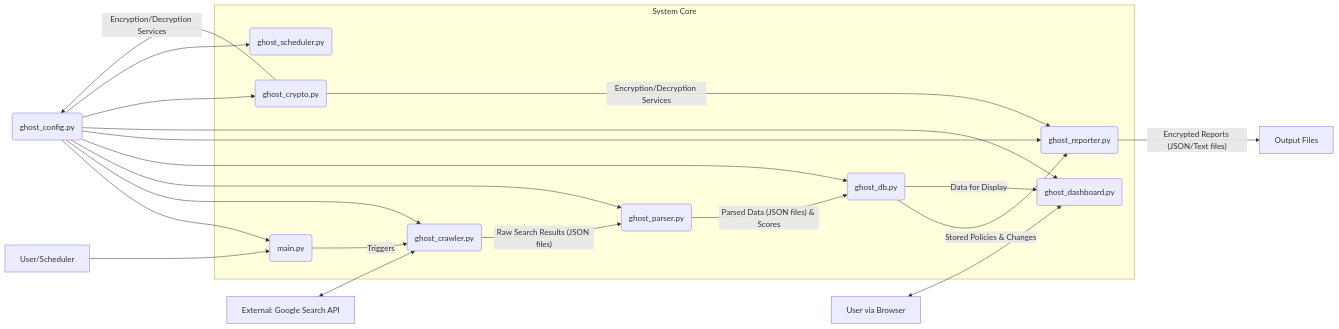
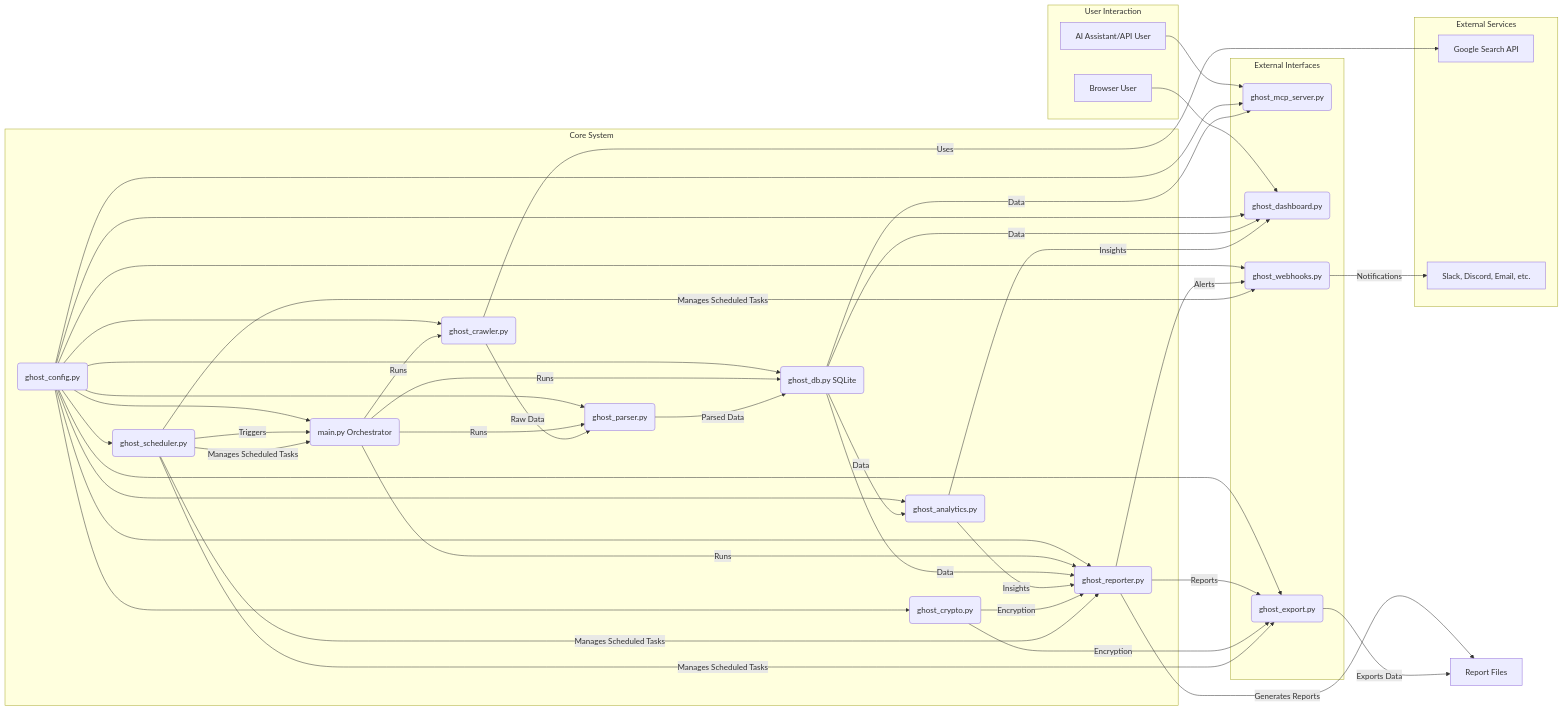
One commit to SWORDIntel/Discreet-MVNO-Policy-Mapper-DMPM- changed the diagram in README.md. Above: the diagram before and after it, drawn with Mermaid. The commit also changed other lines of this file, not shown here.

````diff
--- a/README.md
+++ b/README.md
@@ -623,35 +108,77 @@
 ```mermaid
 graph LR
-    A[User/Scheduler] --> B(main.py);
-    C(ghost_config.py) --> B;
-    C --> D(ghost_crawler.py);
-    C --> E(ghost_parser.py);
-    C --> F(ghost_db.py);
-    C --> G(ghost_reporter.py);
-    C --> H(ghost_dashboard.py);
-    C --> I(ghost_crypto.py);
-    C --> J(ghost_scheduler.py)
-
-    B -- Triggers --> D;
-    D -- Raw Search Results (JSON files) --> E;
-    E -- Parsed Data (JSON files) & Scores --> F;
-    F -- Stored Policies & Changes --> G;
-    F -- Data for Display --> H;
-    G -- Encrypted Reports (JSON/Text files) --> K[Output Files];
-    I -- Encryption/Decryption Services --> G;
-    I -- Encryption/Decryption Services --> C;
-
-    subgraph System Core
-        B
-        D
-        E
-        F
-        G
-        H
-        I
-        J
+    subgraph User Interaction
+        UI_Browser[Browser User]
+        UI_AI[AI Assistant/API User]
     end
 
-    L[External: Google Search API] <--> D;
-    M[User via Browser] <--> H;
+    subgraph Core System
+        Config(ghost_config.py)
+        Main(main.py Orchestrator)
+        Scheduler(ghost_scheduler.py)
+        Crawler(ghost_crawler.py)
+        Parser(ghost_parser.py)
+        DB(ghost_db.py SQLite)
+        Reporter(ghost_reporter.py)
+        Crypto(ghost_crypto.py)
+        Analytics(ghost_analytics.py)
+    end
+
+    subgraph External Interfaces
+        MCP_Server(ghost_mcp_server.py)
+        Dashboard(ghost_dashboard.py)
+        Webhooks(ghost_webhooks.py)
+        Export(ghost_export.py)
+    end
+
+    subgraph External Services
+        SearchAPI[Google Search API]
+        WebhookServices[Slack, Discord, Email, etc.]
+    end
+
+    UI_Browser --> Dashboard;
+    UI_AI --> MCP_Server;
+
+    Config --> Main;
+    Config --> Scheduler;
+    Config --> Crawler;
+    Config --> Parser;
+    Config --> DB;
+    Config --> Reporter;
+    Config --> Crypto;
+    Config --> Dashboard;
+    Config --> MCP_Server;
+    Config --> Webhooks;
+    Config --> Export;
+    Config --> Analytics;
+
+    Scheduler -- Triggers --> Main;
+    Main -- Runs --> Crawler;
+    Main -- Runs --> Parser;
+    Main -- Runs --> DB;
+    Main -- Runs --> Reporter;
+
+    Crawler -- Uses --> SearchAPI;
+    Crawler -- Raw Data --> Parser;
+    Parser -- Parsed Data --> DB;
+    DB -- Data --> Reporter;
+    DB -- Data --> Dashboard;
+    DB -- Data --> MCP_Server;
+    DB -- Data --> Analytics;
+    Analytics -- Insights --> Reporter;
+    Analytics -- Insights --> Dashboard;
+
+    Reporter -- Reports --> Export;
+    Reporter -- Alerts --> Webhooks;
+    Webhooks -- Notifications --> WebhookServices;
+    Crypto -- Encryption --> Reporter;
+    Crypto -- Encryption --> Export;
+
+    Reporter -- Generates Reports --> Filesystem[Report Files];
+    Export -- Exports Data --> Filesystem;
+
+    Scheduler -- Manages Scheduled Tasks --> Main;
+    Scheduler -- Manages Scheduled Tasks --> Reporter;
+    Scheduler -- Manages Scheduled Tasks --> Export;
+    Scheduler -- Manages Scheduled Tasks --> Webhooks;
 ```
````
